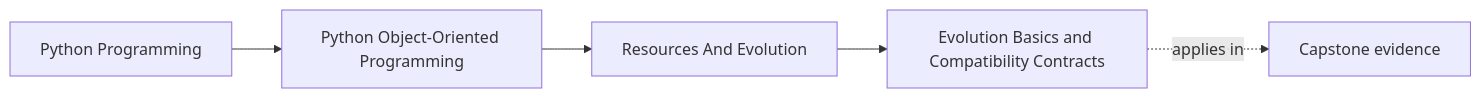
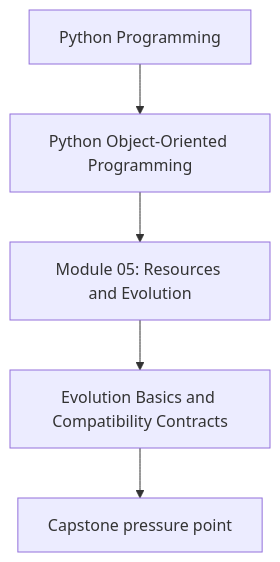
The first of 2 diagrams in programs/python-programming/python-object-oriented-programming/course-book/module-05-resources-and-evolution/compatibility-contracts-and-evolution.md (bijux/bijux-masterclass), drawn with Mermaid before and after one commit. The commit also changed other lines of this file and 107 other files, not shown here.

Commit message:
docs(python-object-oriented-programming): align concept page diagrams

````diff
--- a/programs/python-programming/python-object-oriented-programming/course-book/module-05-resources-and-evolution/compatibility-contracts-and-evolution.md
+++ b/programs/python-programming/python-object-oriented-programming/course-book/module-05-resources-and-evolution/compatibility-contracts-and-evolution.md
@@ -7,11 +7,7 @@
 ```mermaid
-graph LR
-  family["Python Programming"]
-  program["Python Object-Oriented Programming"]
-  section["Resources And Evolution"]
-  page["Evolution Basics and Compatibility Contracts"]
-  capstone["Capstone evidence"]
-
-  family --> program --> section --> page
-  page -.applies in.-> capstone
+flowchart TD
+  family["Python Programming"] --> program["Python Object-Oriented Programming"]
+  program --> module["Module 05: Resources and Evolution"]
+  module --> concept["Evolution Basics and Compatibility Contracts"]
+  concept --> capstone["Capstone pressure point"]
 ```
````
